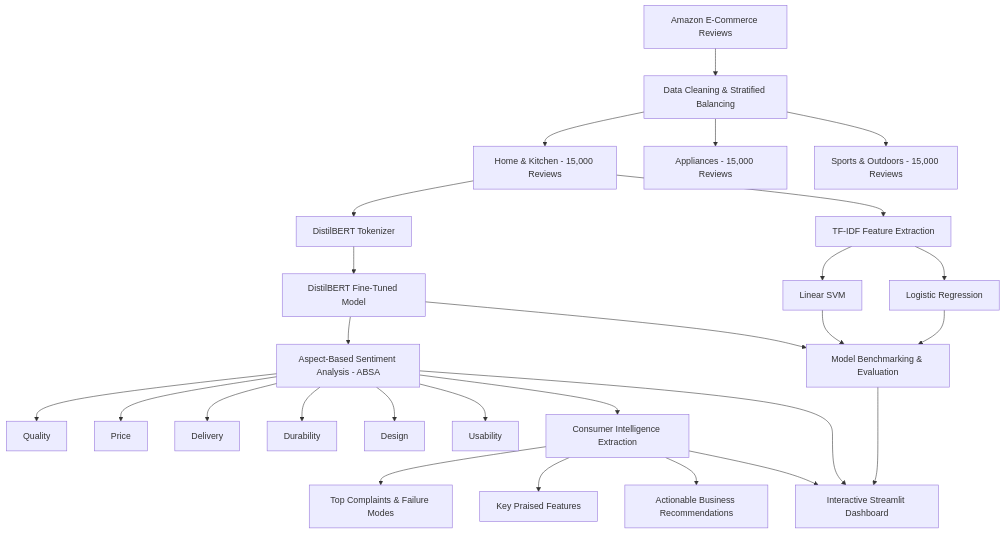
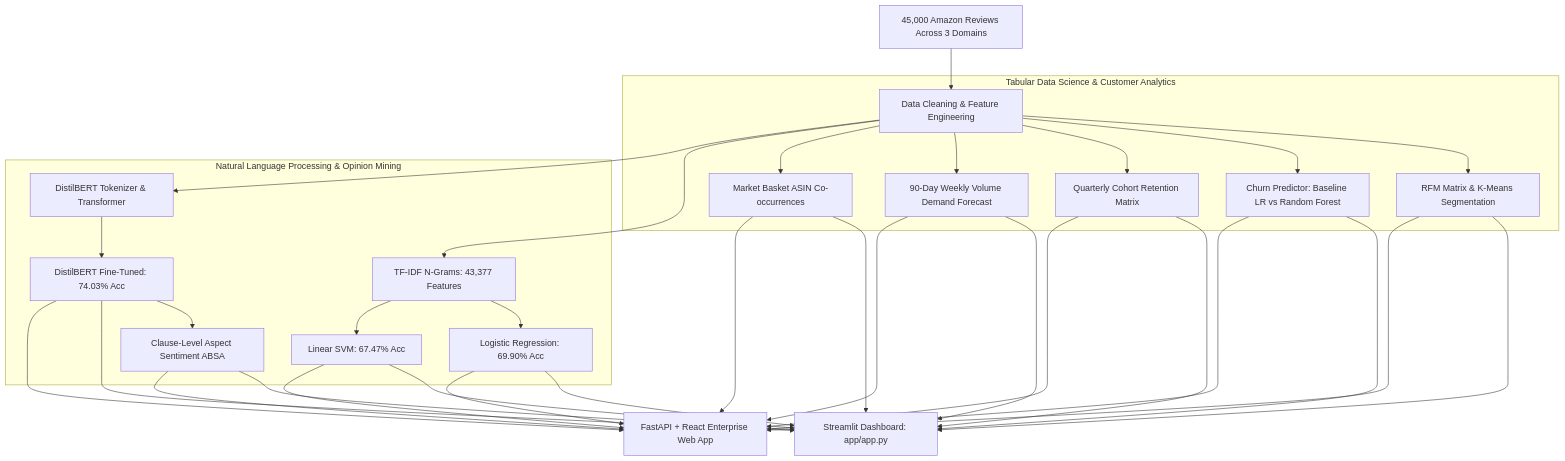
Before and after one commit to dhanashri-820/EcommerceConsumerIntelligence: the diagram in README.md, drawn with Mermaid. The commit also changed other lines of this file and 38 other files, not shown here.

Commit message:
Enhance repository for portfolio readiness: customer analytics, churn model, forecasting, tests, Streamlit app, and documentation

````diff
--- a/README.md
+++ b/README.md
@@ -23,31 +34,24 @@
 ```mermaid
 flowchart TD
-    A[Amazon E-Commerce Reviews] --> B[Data Cleaning & Stratified Balancing]
-    B --> C1[Home & Kitchen - 15,000 Reviews]
-    B --> C2[Appliances - 15,000 Reviews]
-    B --> C3[Sports & Outdoors - 15,000 Reviews]
+    A[45,000 Amazon Reviews Across 3 Domains] --> B[Data Cleaning & Feature Engineering]
     
-    C1 --> D1[TF-IDF Feature Extraction]
-    C1 --> D2[DistilBERT Tokenizer]
+    subgraph Tabular Data Science & Customer Analytics
+        B --> C1[RFM Matrix & K-Means Segmentation]
+        B --> C2[Churn Predictor: Baseline LR vs Random Forest]
+        B --> C3[Quarterly Cohort Retention Matrix]
+        B --> C4[90-Day Weekly Volume Demand Forecast]
+        B --> C5[Market Basket ASIN Co-occurrences]
+    end
     
-    D1 --> E1[Logistic Regression]
-    D1 --> E2[Linear SVM]
-    D2 --> E3[DistilBERT Fine-Tuned Model]
+    subgraph Natural Language Processing & Opinion Mining
+        B --> D1[TF-IDF N-Grams: 43,377 Features]
+        B --> D2[DistilBERT Tokenizer & Transformer]
+        D1 --> E1[Logistic Regression: 69.90% Acc]
+        D1 --> E2[Linear SVM: 67.47% Acc]
+        D2 --> E3[DistilBERT Fine-Tuned: 74.03% Acc]
+        E3 --> F[Clause-Level Aspect Sentiment ABSA]
+    end
     
-    E1 & E2 & E3 --> F[Model Benchmarking & Evaluation]
-    
-    E3 --> G[Aspect-Based Sentiment Analysis - ABSA]
-    G --> H1[Quality]
-    G --> H2[Price]
-    G --> H3[Delivery]
-    G --> H4[Durability]
-    G --> H5[Design]
-    G --> H6[Usability]
-    
-    G --> I[Consumer Intelligence Extraction]
-    I --> J1[Top Complaints & Failure Modes]
-    I --> J2[Key Praised Features]
-    I --> J3[Actionable Business Recommendations]
-    
-    F & G & I --> K[Interactive Streamlit Dashboard]
+    C1 & C2 & C3 & C4 & C5 & E1 & E2 & E3 & F --> G[Streamlit Dashboard: app/app.py]
+    C1 & C2 & C3 & C4 & C5 & E1 & E2 & E3 & F --> H[FastAPI + React Enterprise Web App]
 ```
````
